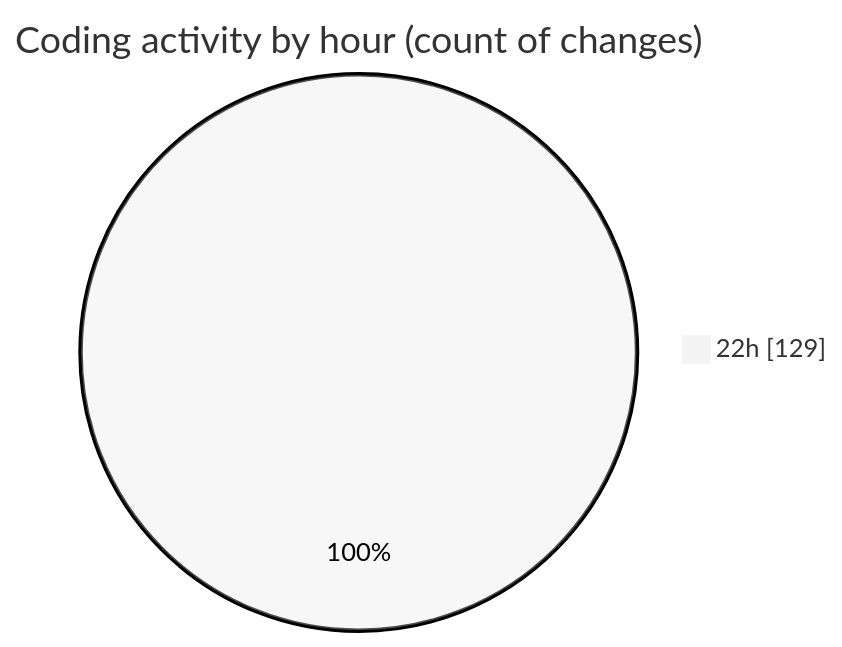
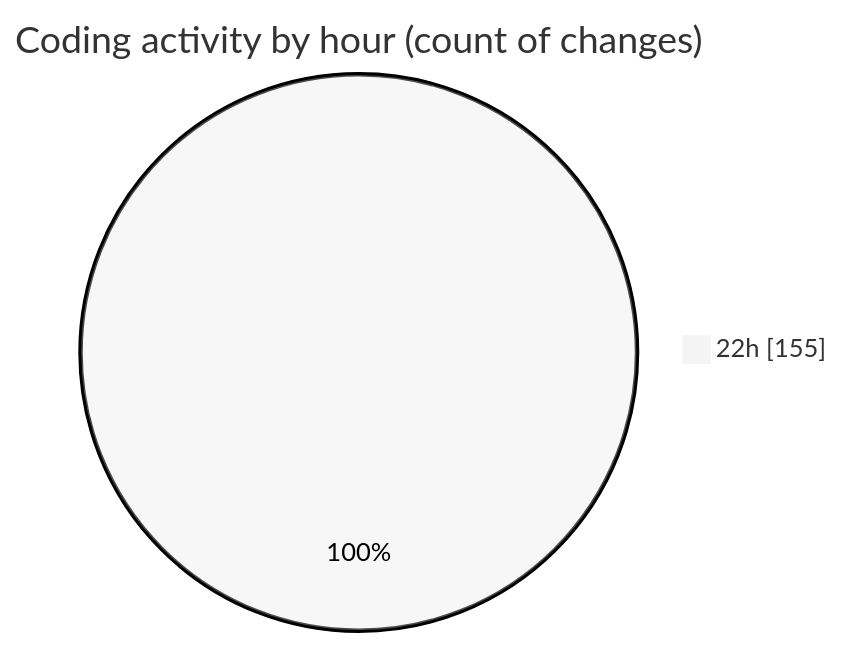
The second of 2 diagrams in 2025-08-09/javascript/README.md (Ritupan-Deka/code-tracking), drawn with Mermaid (neutral theme) before and after one commit. The commit also changed other lines of this file and 1 other file, not shown here.

````diff
--- a/2025-08-09/javascript/README.md
+++ b/2025-08-09/javascript/README.md
@@ -28,5 +28,5 @@
 ```mermaid
 pie showData
 title Coding activity by hour (count of changes)
-"22h" : 129
+"22h" : 155
 ```
````
